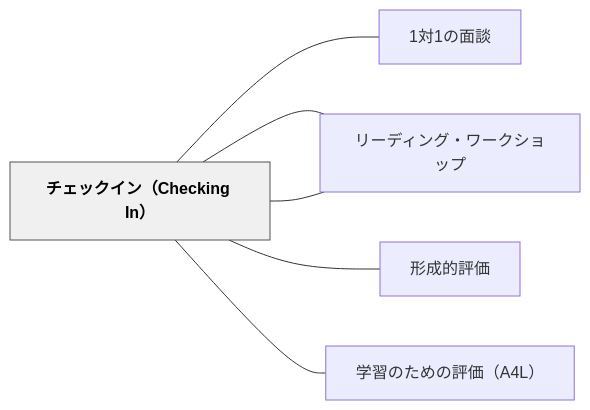
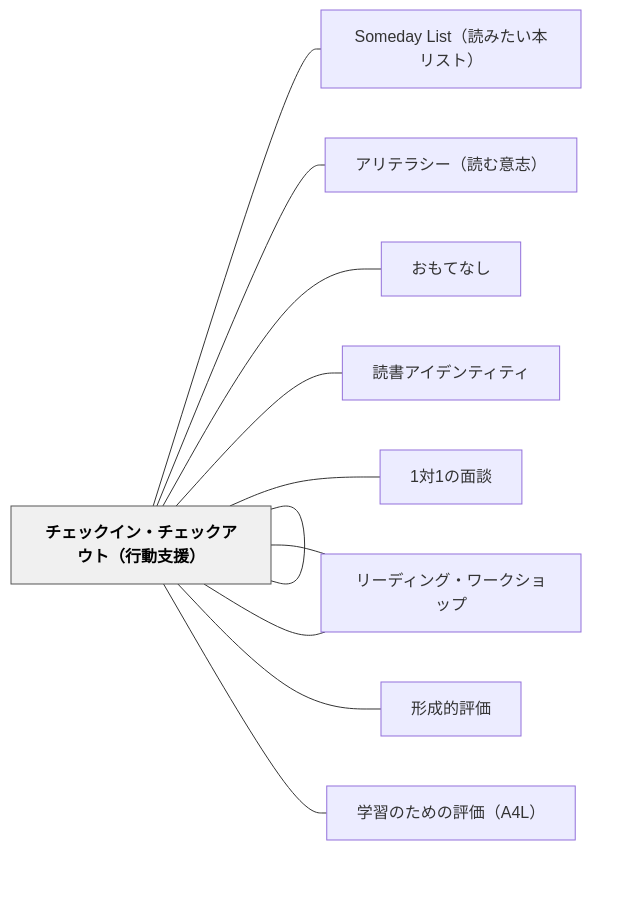
The diagram in content/パタン/チェックイン（Checking In）.md (unknownthings-ed-patterns/unknownthings-ed-patterns), drawn with Mermaid before and after one commit. The commit also changed other lines of this file and 473 other files, not shown here.

````diff
--- a/content/パタン/チェックイン（Checking In）.md
+++ b/content/パタン/チェックイン（Checking In）.md
@@ -138,18 +143,28 @@
 ```mermaid
 flowchart LR
     ne38381e382a7["チェックイン（Checking In）"]
+    n536f6d656461["Someday List（読みたい本リスト）"]
+    ne382a2e383aa["アリテラシー（読む意志）"]
+    ne3818ae38282["おもてなし"]
+    ne38381e382a7["チェックイン・チェックアウト（行動支援）"]
+    ne8aaade69bb8["読書アイデンティティ"]
     n31e5afbe31e3["1対1の面談"]
     ne383aae383bc["リーディング・ゾーン"]
     ne383aae383bc["リーディング・ワークショップ"]
     ne5bda2e68890["形成的評価"]
     ne5ada6e7bf92["学習のための評価（A4L）"]
 
+    ne38381e382a7 --- n536f6d656461
+    ne38381e382a7 --- ne382a2e383aa
+    ne38381e382a7 --- ne3818ae38282
+    ne38381e382a7 --- ne38381e382a7
+    ne38381e382a7 --- ne8aaade69bb8
     ne38381e382a7 --- n31e5afbe31e3
     ne38381e382a7 --- ne383aae383bc
     ne38381e382a7 --- ne383aae383bc
     ne38381e382a7 --- ne5bda2e68890
     ne38381e382a7 --- ne5ada6e7bf92
 
     classDef hub fill:#f0f0f0,stroke:#555,color:#000,font-weight:bold
     class ne38381e382a7 hub
 ```
````
